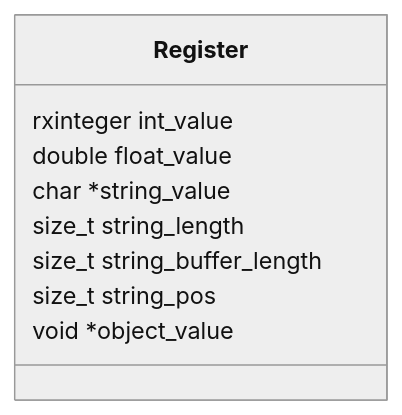
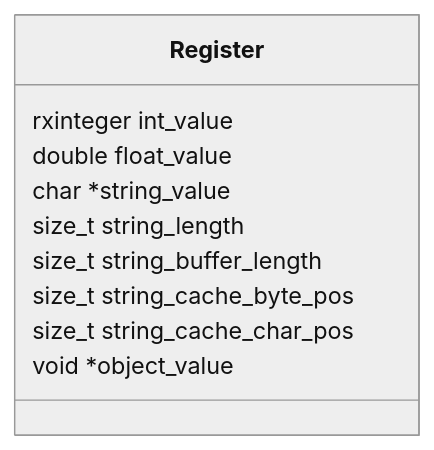
Before and after one commit to adesutherland/CREXX: the diagram in docs/books/crexx_vm_spec/charts/register.mmd, drawn with Mermaid. The commit also changed 177 other files, not shown here.

```diff
--- a/docs/books/crexx_vm_spec/charts/register.mmd
+++ b/docs/books/crexx_vm_spec/charts/register.mmd
@@ -1,10 +1,11 @@
 %%{init: {'theme':'neutral'}}%%
 classDiagram
     class Register
     Register : rxinteger int_value
     Register : double float_value
     Register : char *string_value
     Register : size_t string_length
     Register : size_t string_buffer_length
-    Register : size_t string_pos
+    Register : size_t string_cache_byte_pos
+    Register : size_t string_cache_char_pos
     Register : void *object_value
```
